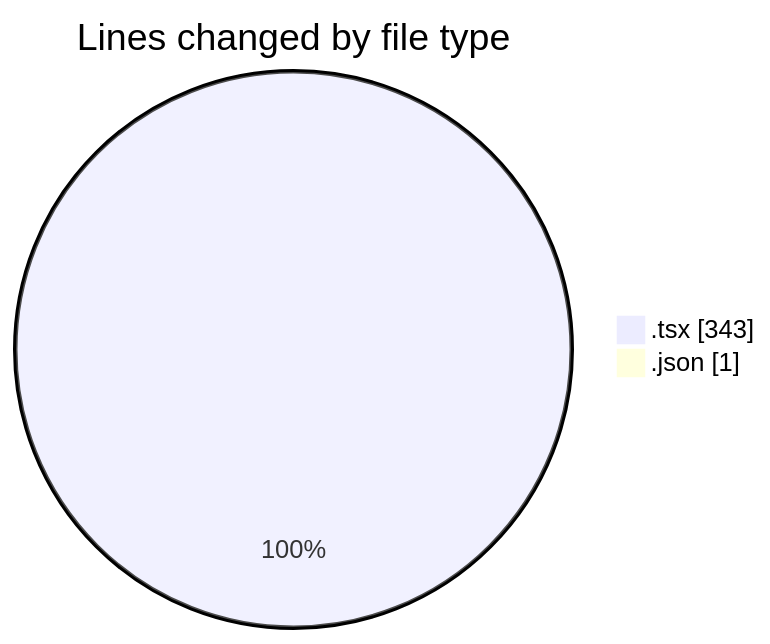
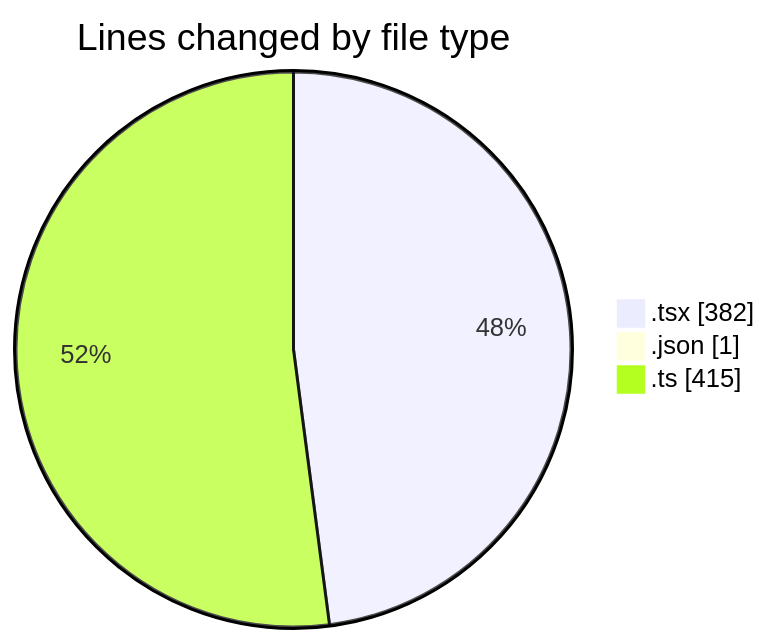
Before and after one commit to julien-gomy/code-tracking: the first of 2 diagrams in 2025-11-28/eventscop-frontend-guide__workspace_/README.md, drawn with Mermaid. The commit also changed other lines of this file and 1 other file, not shown here.

````diff
--- a/2025-11-28/eventscop-frontend-guide__workspace_/README.md
+++ b/2025-11-28/eventscop-frontend-guide__workspace_/README.md
@@ -22,6 +23,7 @@
 ```mermaid
 pie showData
 title Lines changed by file type
-".tsx" : 343
+".tsx" : 382
 ".json" : 1
+".ts" : 415
 ```
````
